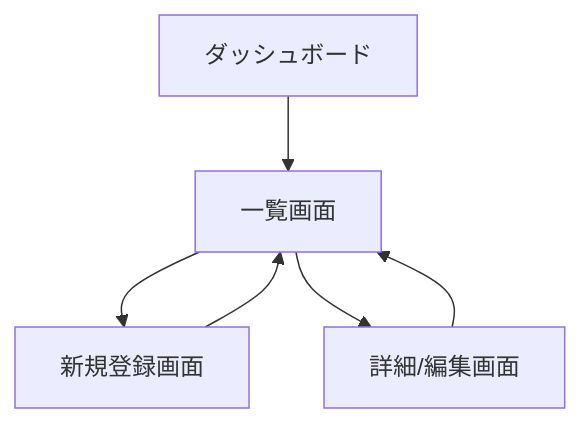
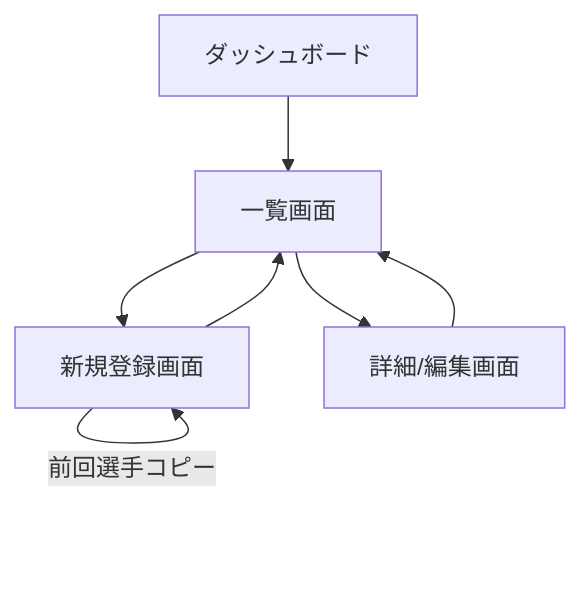
Before and after one commit to m-shimizu-f-50/nuxt3-fc25-tools: the diagram in docs/design/system_design.md, drawn with Mermaid. The commit also changed other lines of this file, not shown here.

````diff
--- a/docs/design/system_design.md
+++ b/docs/design/system_design.md
@@ -56,8 +71,9 @@
 ```mermaid
 graph TD
     D[ダッシュボード] --> A[一覧画面]
     A --> B[新規登録画面]
     A --> C[詳細/編集画面]
     B --> A
     C --> A
+    B -- "前回選手コピー" --> B
 ```
````
